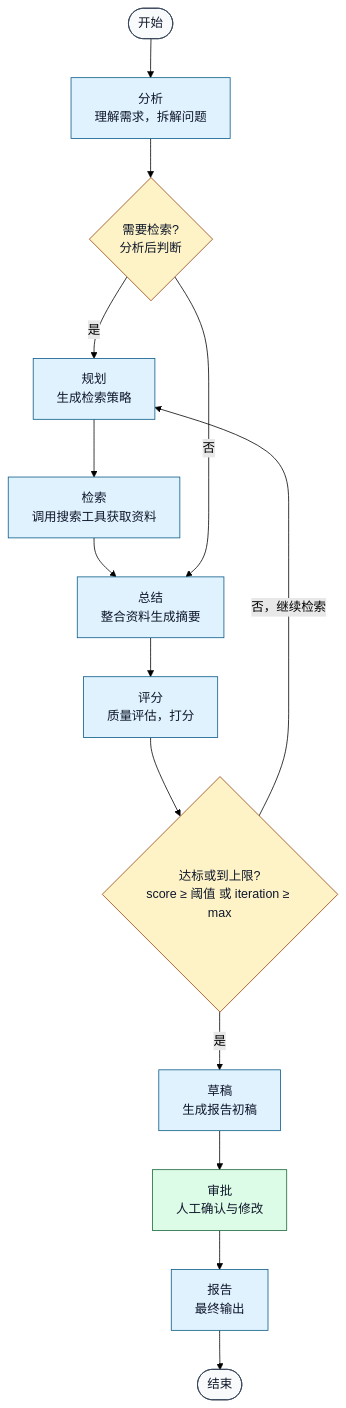
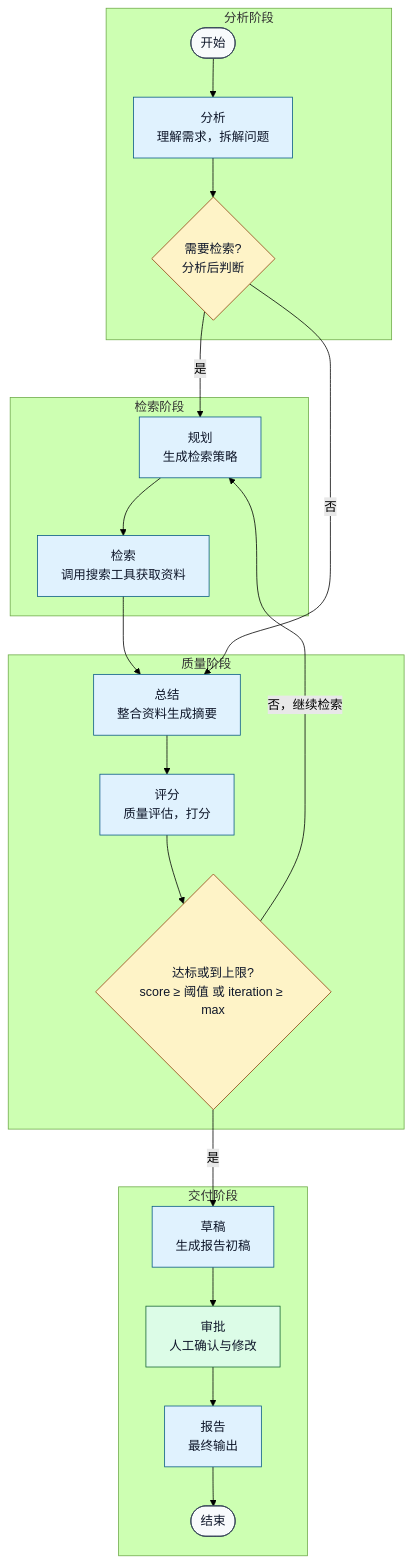
The third of 13 diagrams in ai-agent学习/06.LangGraph入门/16.LangGraph业务落地项目架构.md (sealzrt/2026-08--agent), drawn with Mermaid (forest theme) before and after one commit. The commit also changed other lines of this file and 95 other files, not shown here.

````diff
--- a/ai-agent学习/06.LangGraph入门/16.LangGraph业务落地项目架构.md
+++ b/ai-agent学习/06.LangGraph入门/16.LangGraph业务落地项目架构.md
@@ -83,24 +87,32 @@
 ```mermaid
 flowchart TD
-    Start(["开始"]) --> Analyze["分析<br/>理解需求，拆解问题"]
-    Analyze --> NeedSearch{"需要检索?<br/>分析后判断"}
-    NeedSearch -->|是| Plan["规划<br/>生成检索策略"]
-    Plan --> Search["检索<br/>调用搜索工具获取资料"]
-    Search --> Summarize["总结<br/>整合资料生成摘要"]
-    NeedSearch -->|否| Summarize
-    Summarize --> Evaluate["评分<br/>质量评估，打分"]
-    Evaluate --> Pass{"达标或到上限?<br/>score ≥ 阈值 或 iteration ≥ max"}
-    Pass -->|是| Draft["草稿<br/>生成报告初稿"]
-    Draft --> Review["审批<br/>人工确认与修改"]
-    Review --> Report["报告<br/>最终输出"]
-    Report --> End(["结束"])
+    subgraph P1["分析阶段"]
+        Start(["开始"]) --> Analyze["分析<br/>理解需求，拆解问题"]
+        Analyze --> NeedSearch{"需要检索?<br/>分析后判断"}
+    end
+    subgraph P2["检索阶段"]
+        NeedSearch -->|是| Plan["规划<br/>生成检索策略"]
+        Plan --> Search["检索<br/>调用搜索工具获取资料"]
+    end
+    subgraph P3["质量阶段"]
+        Search --> Summarize["总结<br/>整合资料生成摘要"]
+        NeedSearch -->|否| Summarize
+        Summarize --> Evaluate["评分<br/>质量评估，打分"]
+        Evaluate --> Pass{"达标或到上限?<br/>score ≥ 阈值 或 iteration ≥ max"}
+    end
+    subgraph P4["交付阶段"]
+        Pass -->|是| Draft["草稿<br/>生成报告初稿"]
+        Draft --> Review["审批<br/>人工确认与修改"]
+        Review --> Report["报告<br/>最终输出"]
+        Report --> End(["结束"])
+    end
     Pass -->|否，继续检索| Plan
     classDef neutral fill:#f8fafc,stroke:#334155,color:#0f172a
     classDef core fill:#e0f2fe,stroke:#075985,color:#0f172a
     classDef biz fill:#fef3c7,stroke:#92400e,color:#0f172a
     classDef cap fill:#dcfce7,stroke:#166534,color:#0f172a
     class Start,End neutral
     class Analyze,Plan,Search,Summarize,Evaluate,Draft,Report core
     class NeedSearch,Pass biz
     class Review cap
 ```
````
